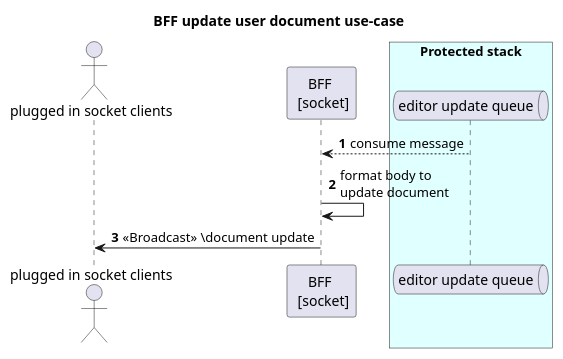
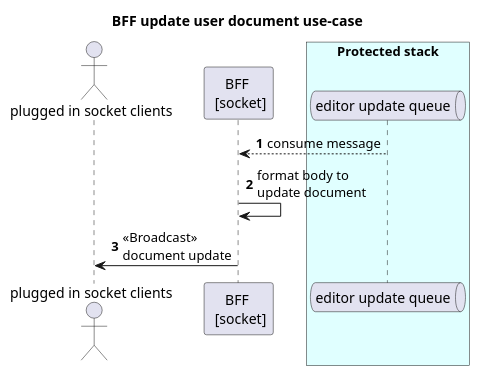
The diagram in docs/sequence/bff-editor-update.wsd (orion-services/Activity), drawn with PlantUML before and after one commit. The commit also changed 1 other file, not shown here.

Commit message:
#5 adjust diagram of bff-activity-update and bff-editor-update

```diff
--- a/docs/sequence/bff-editor-update.wsd
+++ b/docs/sequence/bff-editor-update.wsd
@@ -1,13 +1,13 @@
 @startuml
   autonumber
   title "BFF update user document use-case"
 
   actor "plugged in socket clients" as client
   participant "BFF \n [socket]" as BFF
   box "Protected stack" #LightCyan
     queue "editor update queue" as EditorUpdateQueue
   end box
   BFF <-- EditorUpdateQueue: consume message
   BFF -> BFF: format body to \nupdate document
-  client <- BFF: <<Broadcast>> \document update
+  client <- BFF: <<Broadcast>> \ndocument update
 @enduml
```
